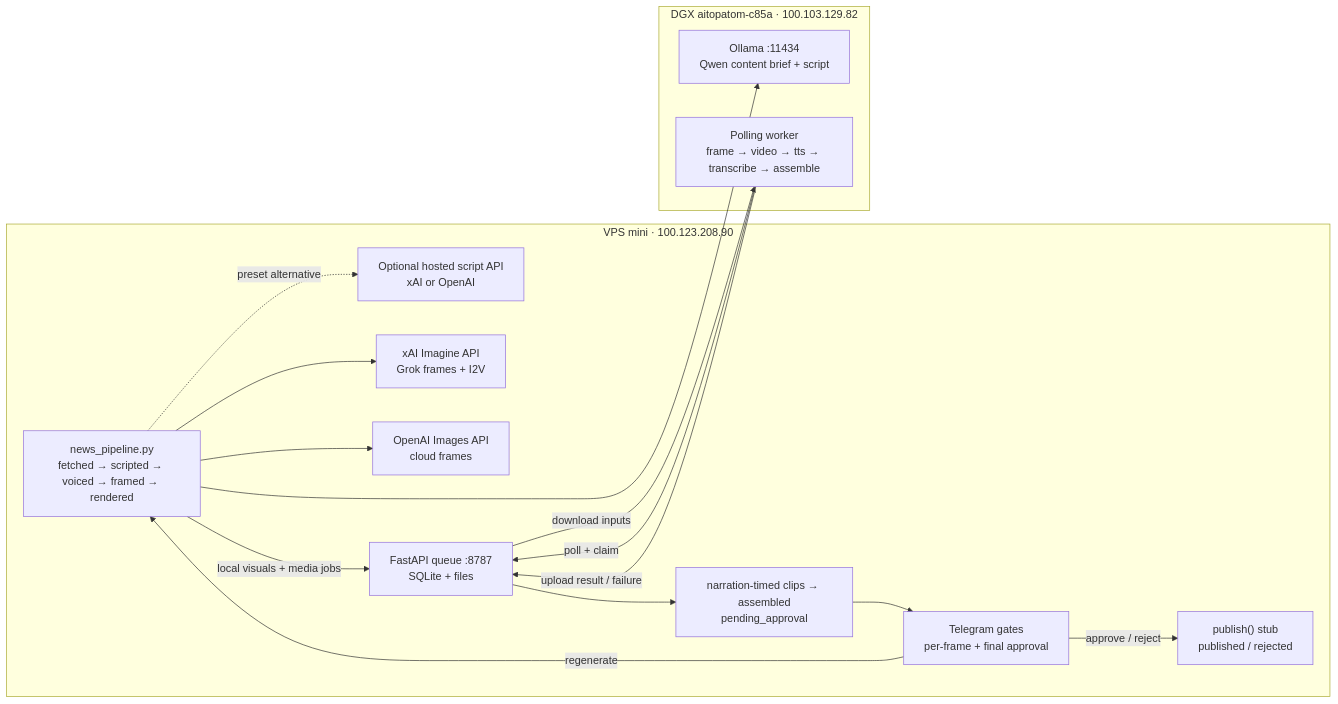
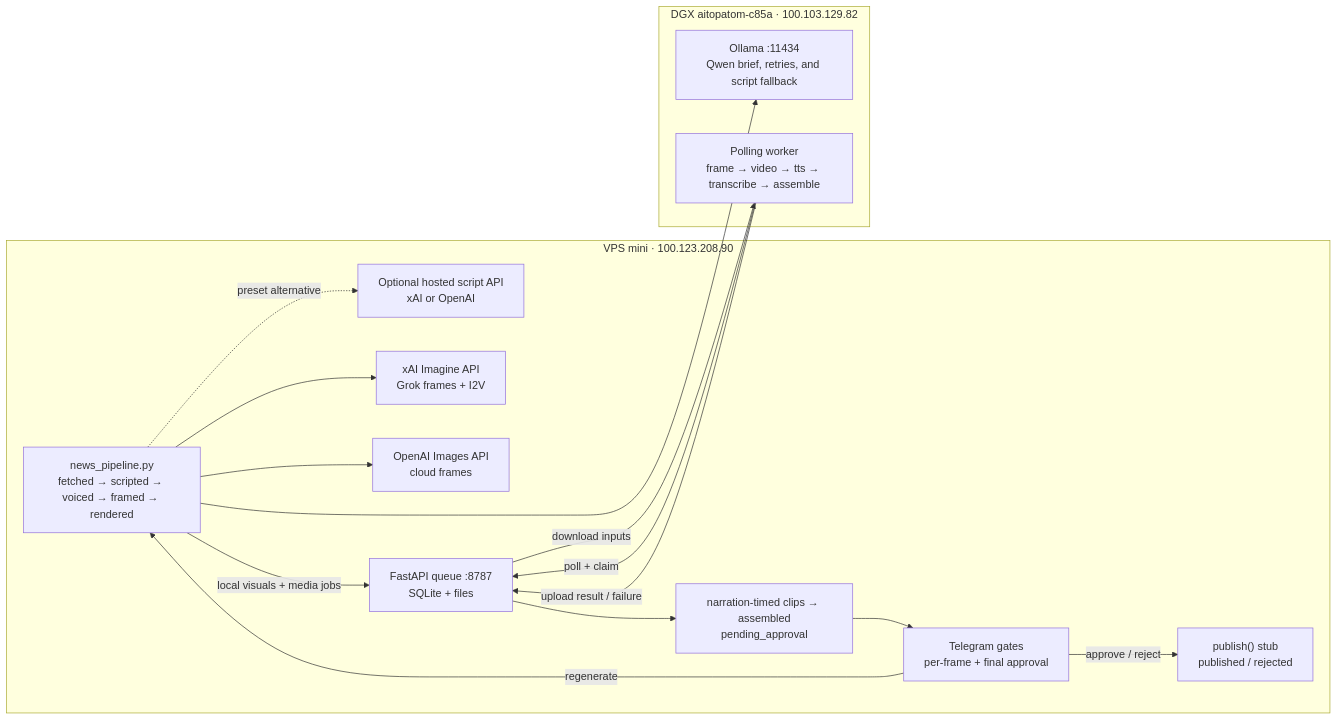
The diagram in docs/ARCHITECTURE.md (Tacdelgineer/framegate), drawn with Mermaid before and after one commit. The commit also changed other lines of this file and 7 other files, not shown here.

````diff
--- a/docs/ARCHITECTURE.md
+++ b/docs/ARCHITECTURE.md
@@ -38,31 +38,31 @@
 ```mermaid
 flowchart LR
     subgraph VPS["VPS mini · 100.123.208.90"]
         P["news_pipeline.py<br/>fetched → scripted → voiced → framed → rendered"]
         X["Optional hosted script API<br/>xAI or OpenAI"]
         V["xAI Imagine API<br/>Grok frames + I2V"]
         O["OpenAI Images API<br/>cloud frames"]
         Q["FastAPI queue :8787<br/>SQLite + files"]
         A["narration-timed clips → assembled<br/>pending_approval"]
         T["Telegram gates<br/>per-frame + final approval"]
         U["publish() stub<br/>published / rejected"]
     end
 
     subgraph DGX["DGX aitopatom-c85a · 100.103.129.82"]
-        L["Ollama :11434<br/>Qwen content brief + script"]
+        L["Ollama :11434<br/>Qwen brief, retries, and script fallback"]
         W["Polling worker<br/>frame → video → tts → transcribe → assemble"]
     end
 
     P --> L
     P -. preset alternative .-> X
     P --> V
     P --> O
     P -->|local visuals + media jobs| Q
     W -->|poll + claim| Q
     Q -->|download inputs| W
     W -->|upload result / failure| Q
     Q --> A
     A --> T
     T -->|approve / reject| U
     T -->|regenerate| P
 ```
````
